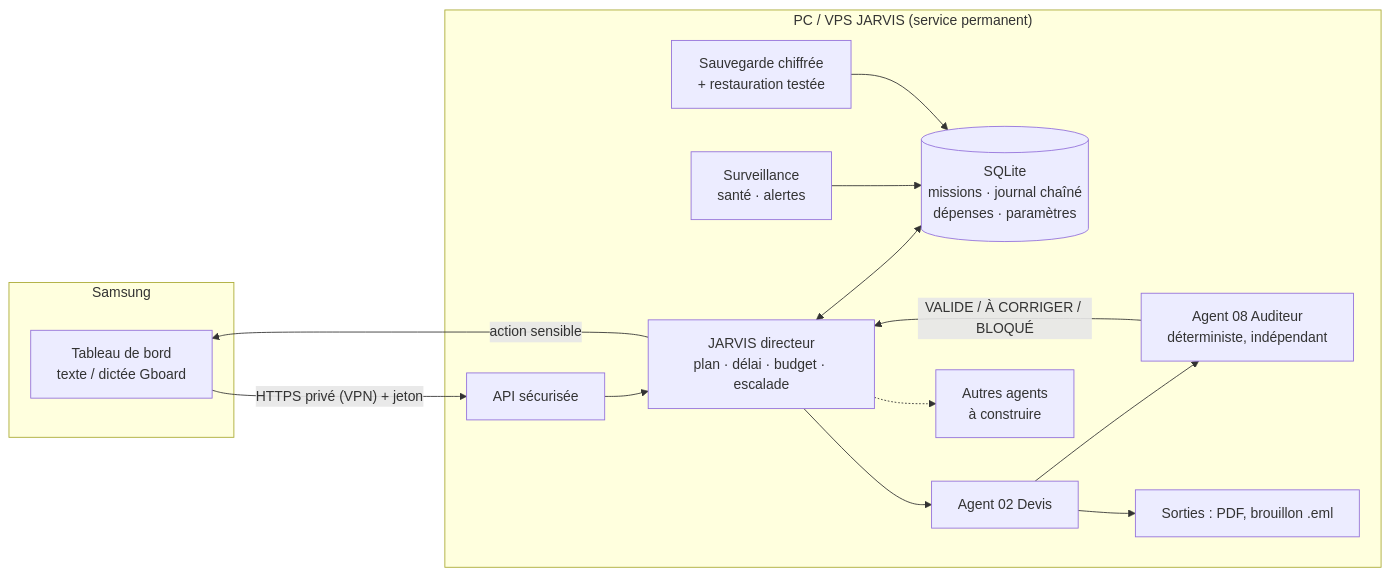
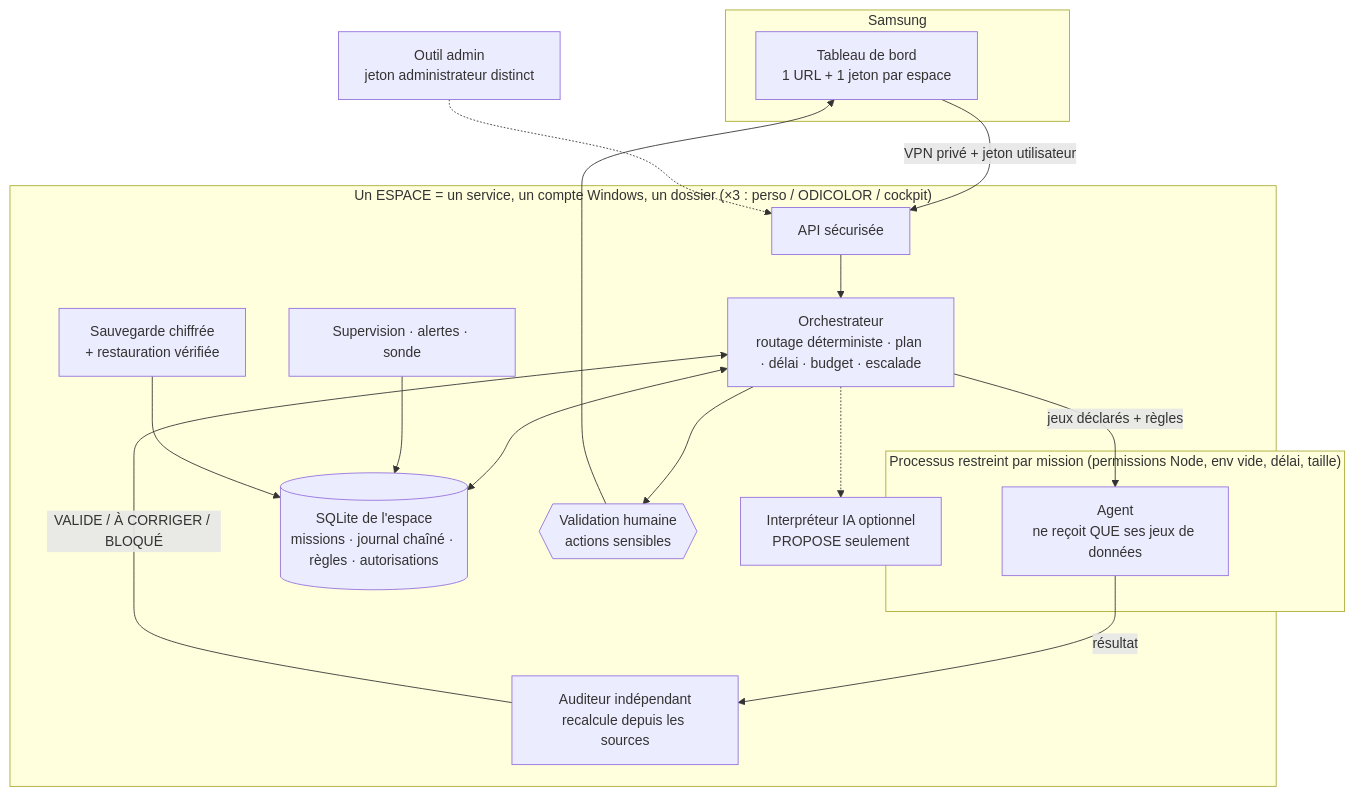
One commit to nazimomarjee-sketch/devis-terrain changed the diagram in jarvis/docs/02_ARCHITECTURE.md. Above: the diagram before and after it, drawn with Mermaid. The commit also changed other lines of this file and 14 other files, not shown here.

First line of the commit message:
docs(jarvis): état réel v2, agents, règles métier, essais Windows/Samsung, sécurité, installation

````diff
--- a/jarvis/docs/02_ARCHITECTURE.md
+++ b/jarvis/docs/02_ARCHITECTURE.md
@@ -9,27 +9,30 @@
 ```mermaid
-flowchart LR
+flowchart TB
   subgraph Samsung
-    UI[Tableau de bord<br/>texte / dictée Gboard]
+    UI[Tableau de bord<br/>1 URL + 1 jeton par espace]
   end
-  UI -- "HTTPS privé (VPN) + jeton" --> API
-  subgraph PC_JARVIS["PC / VPS JARVIS (service permanent)"]
+  UI -- "VPN privé + jeton utilisateur" --> API
+  ADMIN[Outil admin<br/>jeton administrateur distinct] -.-> API
+  subgraph ESPACE["Un ESPACE = un service, un compte Windows, un dossier (×3 : perso / ODICOLOR / cockpit)"]
     API[API sécurisée]
-    ORCH[JARVIS directeur<br/>plan · délai · budget · escalade]
-    FILE[(SQLite<br/>missions · journal chaîné<br/>dépenses · paramètres)]
-    A2[Agent 02 Devis]
-    AX[Autres agents<br/>à construire]
-    AUD[Agent 08 Auditeur<br/>déterministe, indépendant]
-    SAN[Surveillance<br/>santé · alertes]
-    SAV[Sauvegarde chiffrée<br/>+ restauration testée]
-    OUT[Sorties : PDF, brouillon .eml]
+    ORCH[Orchestrateur<br/>routage déterministe · plan · délai · budget · escalade]
+    DB[(SQLite de l'espace<br/>missions · journal chaîné · règles · autorisations)]
+    subgraph SANDBOX["Processus restreint par mission (permissions Node, env vide, délai, taille)"]
+      AG[Agent<br/>ne reçoit QUE ses jeux de données]
+    end
+    AUD[Auditeur indépendant<br/>recalcule depuis les sources]
+    H{{Validation humaine<br/>actions sensibles}}
+    SUP[Supervision · alertes · sonde]
+    SAV[Sauvegarde chiffrée<br/>+ restauration vérifiée]
+    IA[Interpréteur IA optionnel<br/>PROPOSE seulement]
   end
   API --> ORCH
-  ORCH <--> FILE
-  ORCH --> A2 --> OUT
-  ORCH -.-> AX
-  A2 --> AUD
+  ORCH <--> DB
+  ORCH -- "jeux déclarés + règles" --> AG
+  AG -- "résultat" --> AUD
   AUD -- "VALIDE / À CORRIGER / BLOQUÉ" --> ORCH
-  ORCH -- "action sensible" --> UI
-  SAN --> FILE
-  SAV --> FILE
+  ORCH --> H --> UI
+  ORCH -.-> IA
+  SUP --> DB
+  SAV --> DB
 ```
````
